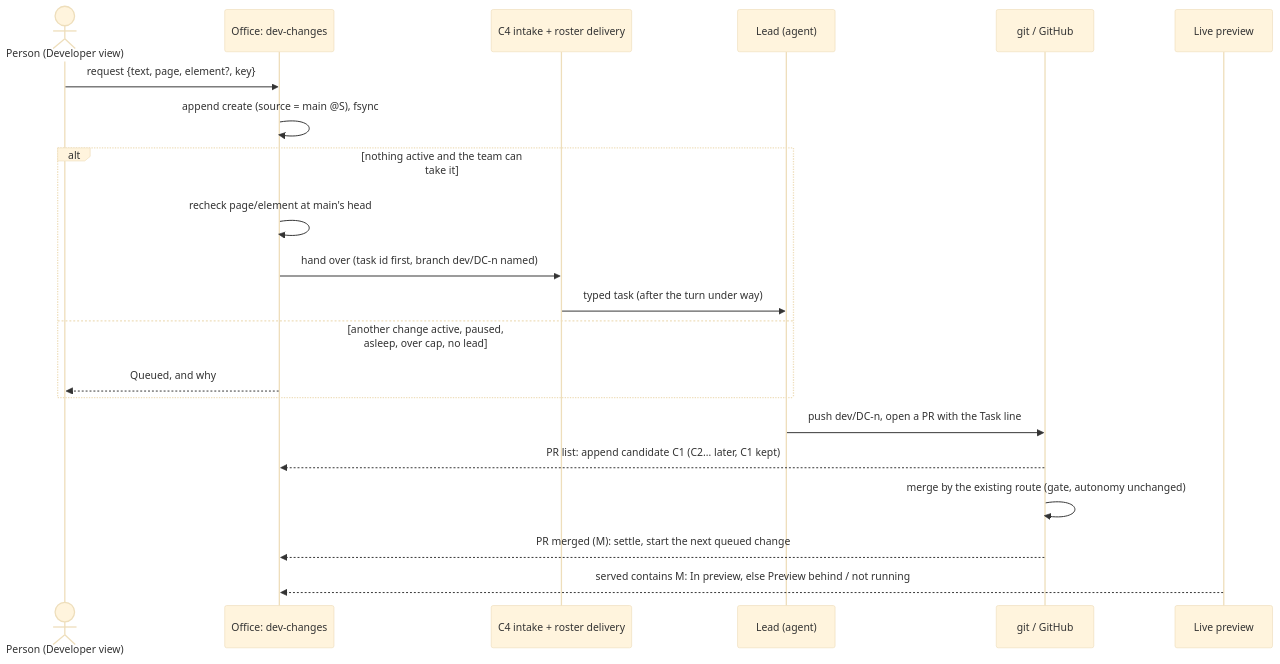
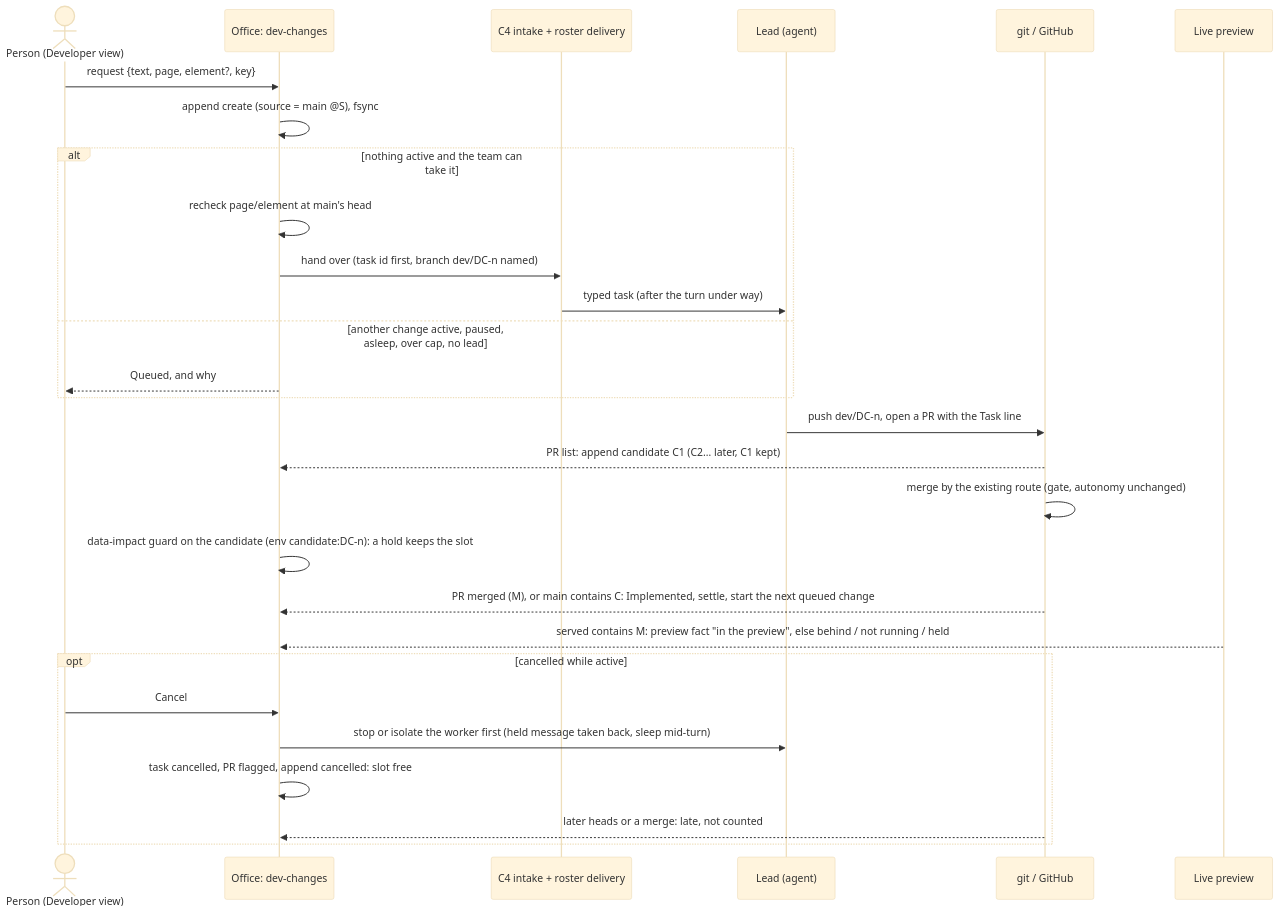
Before and after one commit to keithchin/mx-office: the first of 2 diagrams in docs/site/architecture/revisions-and-changes.md, drawn with Mermaid (base theme). The commit also changed other lines of this file and 7 other files, not shown here.

````diff
--- a/docs/site/architecture/revisions-and-changes.md
+++ b/docs/site/architecture/revisions-and-changes.md
@@ -96,23 +131,30 @@
 ```mermaid
 sequenceDiagram
   actor P as Person (Developer view)
   participant S as Office: dev-changes
   participant R as C4 intake + roster delivery
   participant L as Lead (agent)
   participant G as git / GitHub
   participant A as Live preview
   P->>S: request {text, page, element?, key}
   S->>S: append create (source = main @S), fsync
   alt nothing active and the team can take it
     S->>S: recheck page/element at main's head
     S->>R: hand over (task id first, branch dev/DC-n named)
     R->>L: typed task (after the turn under way)
   else another change active, paused, asleep, over cap, no lead
     S-->>P: Queued, and why
   end
   L->>G: push dev/DC-n, open a PR with the Task line
   G-->>S: PR list: append candidate C1 (C2… later, C1 kept)
   G->>G: merge by the existing route (gate, autonomy unchanged)
-  G-->>S: PR merged (M): settle, start the next queued change
-  A-->>S: served contains M: In preview, else Preview behind / not running
+  S->>S: data-impact guard on the candidate (env candidate:DC-n): a hold keeps the slot
+  G-->>S: PR merged (M), or main contains C: Implemented, settle, start the next queued change
+  A-->>S: served contains M: preview fact "in the preview", else behind / not running / held
+  opt cancelled while active
+    P->>S: Cancel
+    S->>L: stop or isolate the worker first (held message taken back, sleep mid-turn)
+    S->>S: task cancelled, PR flagged, append cancelled: slot free
+    G-->>S: later heads or a merge: late, not counted
+  end
 ```
````
